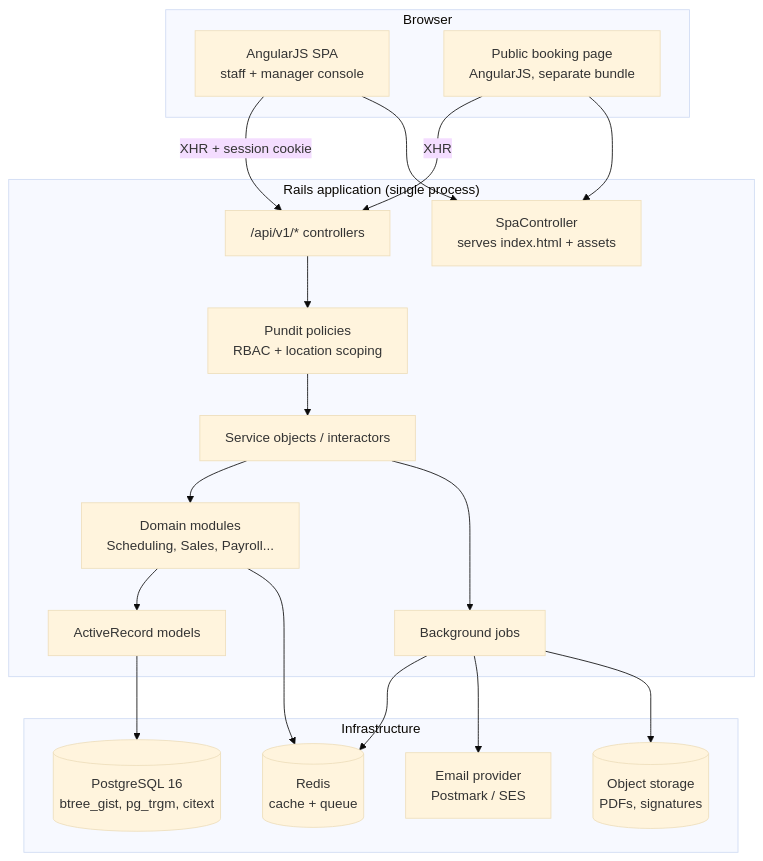
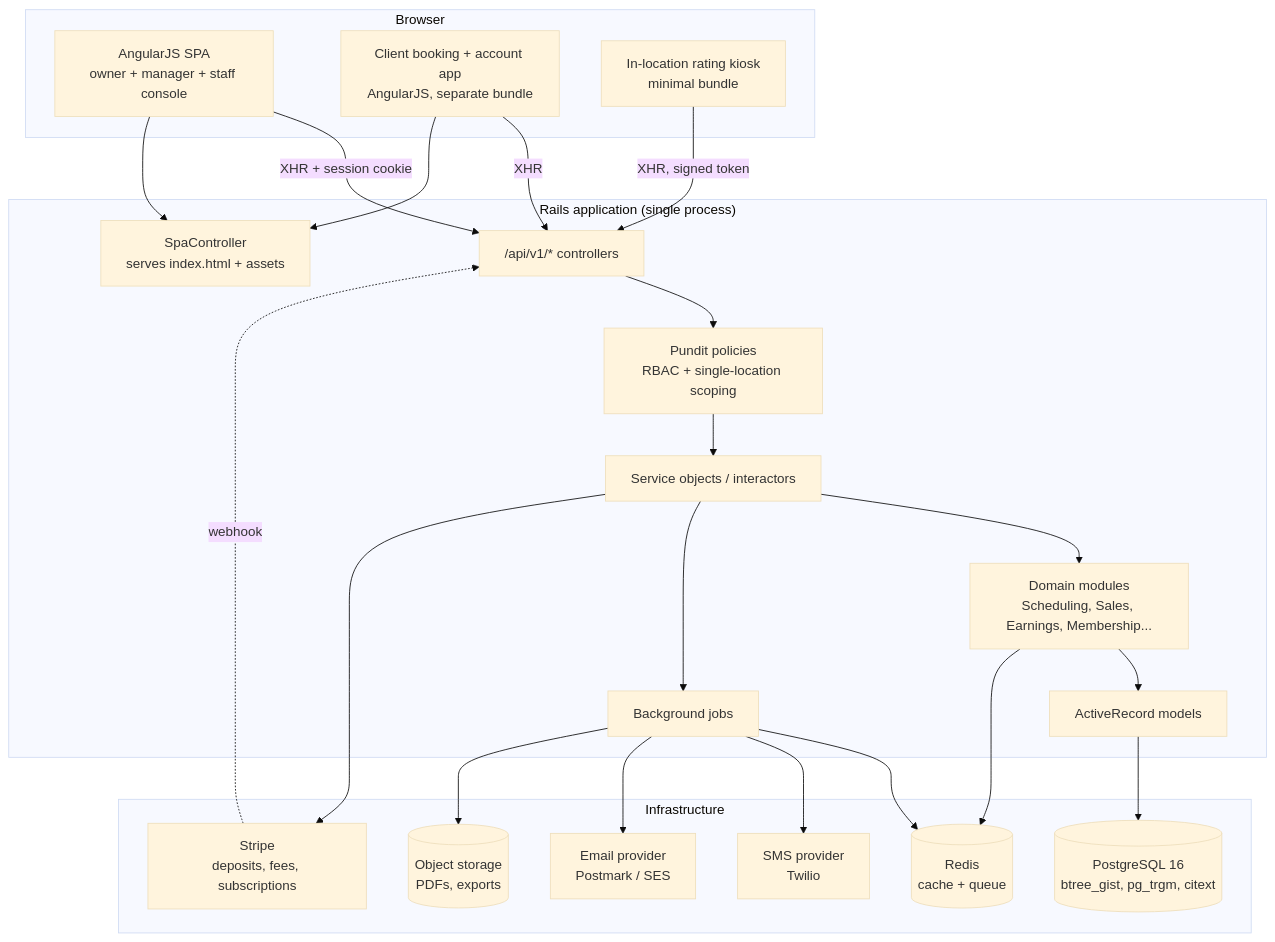
The first of 2 diagrams in docs/04-system-architecture.md (Zogoo/salon_crm), drawn with Mermaid (base theme) before and after one commit. The commit also changed other lines of this file and 8 other files, not shown here.

````diff
--- a/docs/04-system-architecture.md
+++ b/docs/04-system-architecture.md
@@ -19,34 +21,41 @@
 ```mermaid
 graph TB
     subgraph Browser
-        NG[AngularJS SPA<br/>staff + manager console]
-        PUB[Public booking page<br/>AngularJS, separate bundle]
+        NG[AngularJS SPA<br/>owner + manager + staff console]
+        PUB[Client booking + account app<br/>AngularJS, separate bundle]
+        KIOSK[In-location rating kiosk<br/>minimal bundle]
     end
 
     subgraph "Rails application (single process)"
         SPA[SpaController<br/>serves index.html + assets]
         API["/api/v1/* controllers"]
-        POL[Pundit policies<br/>RBAC + location scoping]
+        POL[Pundit policies<br/>RBAC + single-location scoping]
         SVC[Service objects / interactors]
-        MOD[Domain modules<br/>Scheduling, Sales, Payroll...]
+        MOD[Domain modules<br/>Scheduling, Sales, Earnings, Membership...]
         AR[ActiveRecord models]
         JOB[Background jobs]
     end
 
     subgraph Infrastructure
         PG[(PostgreSQL 16<br/>btree_gist, pg_trgm, citext)]
         RD[(Redis<br/>cache + queue)]
+        STR[Stripe<br/>deposits, fees, subscriptions]
+        SMS[SMS provider<br/>Twilio]
         SMTP[Email provider<br/>Postmark / SES]
-        S3[(Object storage<br/>PDFs, signatures)]
+        S3[(Object storage<br/>PDFs, exports)]
     end
 
     NG -->|XHR + session cookie| API
     PUB -->|XHR| API
+    KIOSK -->|XHR, signed token| API
     NG --> SPA
     PUB --> SPA
     API --> POL --> SVC --> MOD --> AR --> PG
     SVC --> JOB --> RD
+    SVC --> STR
+    STR -.webhook.-> API
+    JOB --> SMS
     JOB --> SMTP
     JOB --> S3
     MOD --> RD
 ```
````
